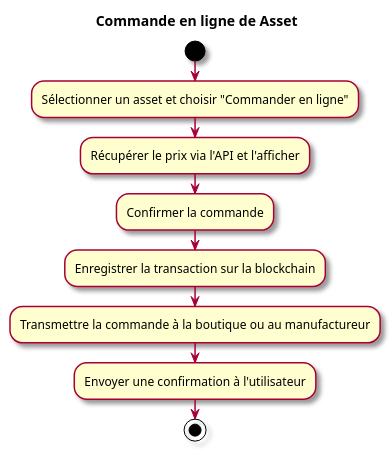
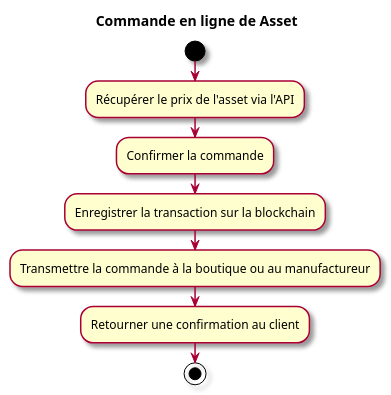
The second of 2 diagrams in specs/1-Expression/UCAUT-Automatisation/UCAUT02.md (olivaux/myr), drawn with PlantUML before and after one commit. The commit also changed other lines of this file and 65 other files, not shown here.

````diff
--- a/specs/1-Expression/UCAUT-Automatisation/UCAUT02.md
+++ b/specs/1-Expression/UCAUT-Automatisation/UCAUT02.md
@@ -65,14 +67,13 @@
 ```plantuml
 @startuml
 skin rose
 title Commande en ligne de Asset
 start
-:Sélectionner un asset et choisir "Commander en ligne";
-:Récupérer le prix via l'API et l'afficher;
+:Récupérer le prix de l'asset via l'API;
 :Confirmer la commande;
 :Enregistrer la transaction sur la blockchain;
 :Transmettre la commande à la boutique ou au manufactureur;
-:Envoyer une confirmation à l'utilisateur;
+:Retourner une confirmation au client;
 stop
 @enduml
 ```
````
